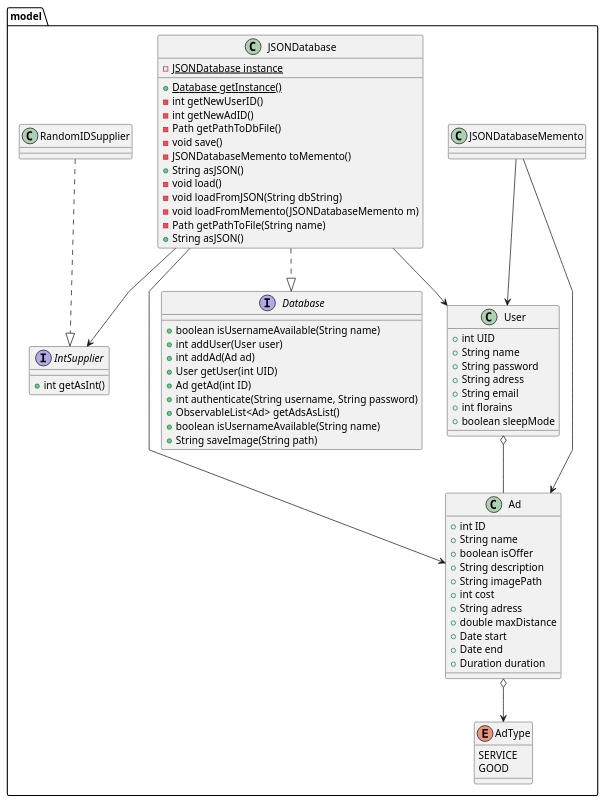
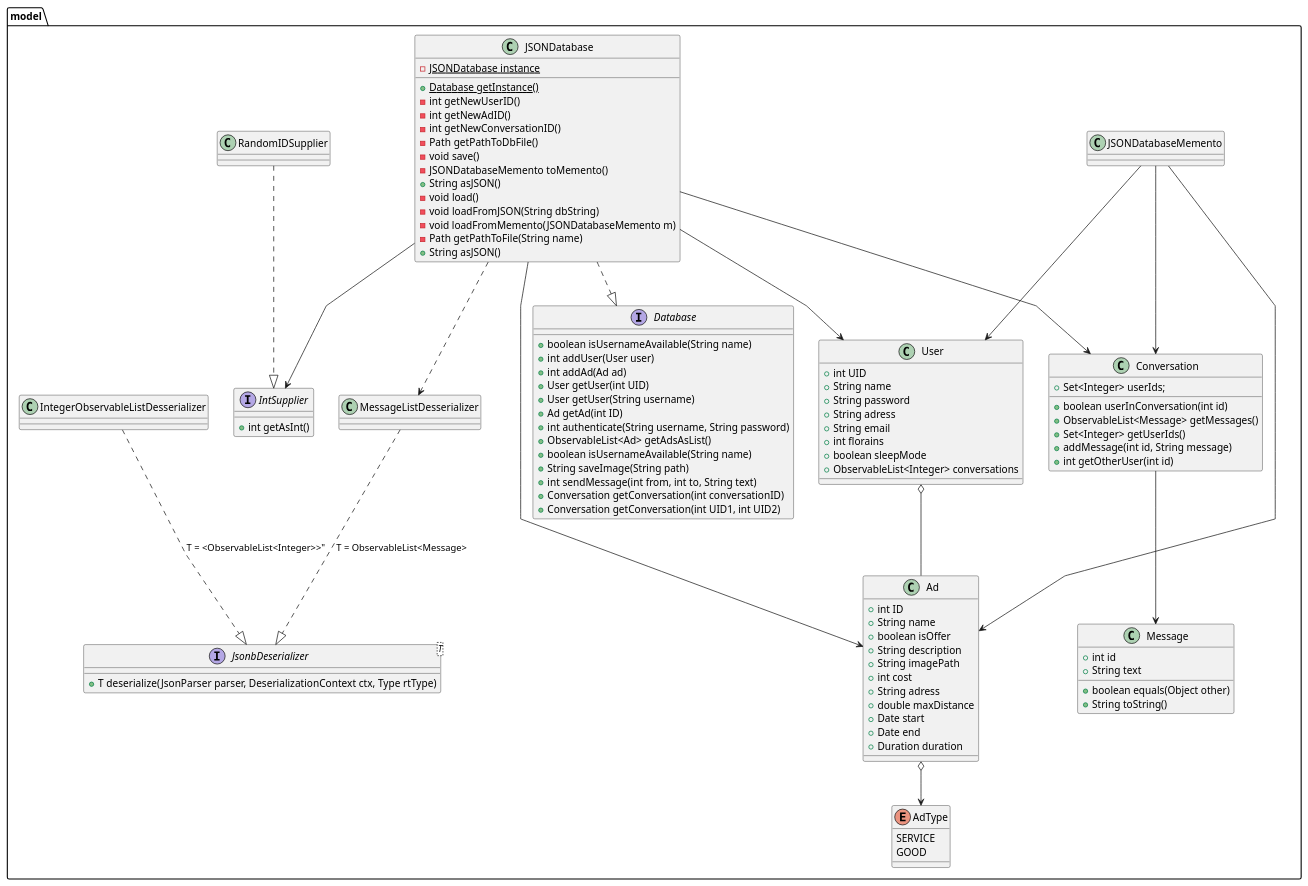
Before and after one commit to Nic0Fernandez/Direct_Dealing: the diagram in diagrams/class.puml, drawn with PlantUML. The commit also changed 25 other files, not shown here.

```diff
--- a/diagrams/class.puml
+++ b/diagrams/class.puml
@@ -1,81 +1,112 @@
 @startuml "class"
 
 skinparam linetype polyline
 package model {
   class User {
     + int UID
     + String name
     + String password
     + String adress
     + String email
     + int florains
     + boolean sleepMode
+    + ObservableList<Integer> conversations
   }
 
   User o-- Ad
 
   Enum AdType {
     SERVICE
     GOOD
   }
 
   class Ad {
     + int ID
     + String name
     + boolean isOffer
     + String description
     + String imagePath
     + int cost
     + String adress
     + double maxDistance
     + Date start
     + Date end
     + Duration duration
   }
   Ad o--> AdType
 
   interface Database {
     + boolean isUsernameAvailable(String name)
     + int addUser(User user)
     + int addAd(Ad ad)
     + User getUser(int UID)
+    + User getUser(String username)
     + Ad getAd(int ID)
     + int authenticate(String username, String password)
     + ObservableList<Ad> getAdsAsList()
     + boolean isUsernameAvailable(String name)
     + String saveImage(String path)
+    + int sendMessage(int from, int to, String text)
+    + Conversation getConversation(int conversationID)
+    + Conversation getConversation(int UID1, int UID2)
   }
   class JSONDatabase {
     - {static} JSONDatabase instance
     + {static} Database getInstance()
     - int getNewUserID()
     - int getNewAdID()
+    - int getNewConversationID()
     - Path getPathToDbFile()
     - void save()
     - JSONDatabaseMemento toMemento()
     + String asJSON()
     - void load()
     - void loadFromJSON(String dbString)
     - void loadFromMemento(JSONDatabaseMemento m)
     - Path getPathToFile(String name)
     + String asJSON()
   }
 
+  class Message {
+    + int id
+    + String text
+    + boolean equals(Object other)
+    + String toString()
+  }
+
+  class Conversation {
+    + Set<Integer> userIds;
+    + boolean userInConversation(int id)
+    + ObservableList<Message> getMessages()
+    + Set<Integer> getUserIds()
+    + addMessage(int id, String message)
+    + int getOtherUser(int id)
+  }
+  Conversation --> Message
 
   JSONDatabase --> IntSupplier
   JSONDatabase ..|> Database
   JSONDatabase --> User
   JSONDatabase --> Ad
+  JSONDatabase --> Conversation
   interface IntSupplier {
     + int getAsInt()
   }
 
   JSONDatabaseMemento --> User
   JSONDatabaseMemento --> Ad
+  JSONDatabaseMemento --> Conversation
 
   RandomIDSupplier ..|> IntSupplier
 
+  JSONDatabase ..> MessageListDesserializer
+
+  MessageListDesserializer ..|> JsonbDeserializer : "T = ObservableList<Message>"
+  IntegerObservableListDesserializer ..|>   JsonbDeserializer: "T = <ObservableList<Integer>>""
+  interface "JsonbDeserializer<T>" as JsonbDeserializer {
+    + T deserialize(JsonParser parser, DeserializationContext ctx, Type rtType)
+  }
 
 }
 
 @enduml
```
